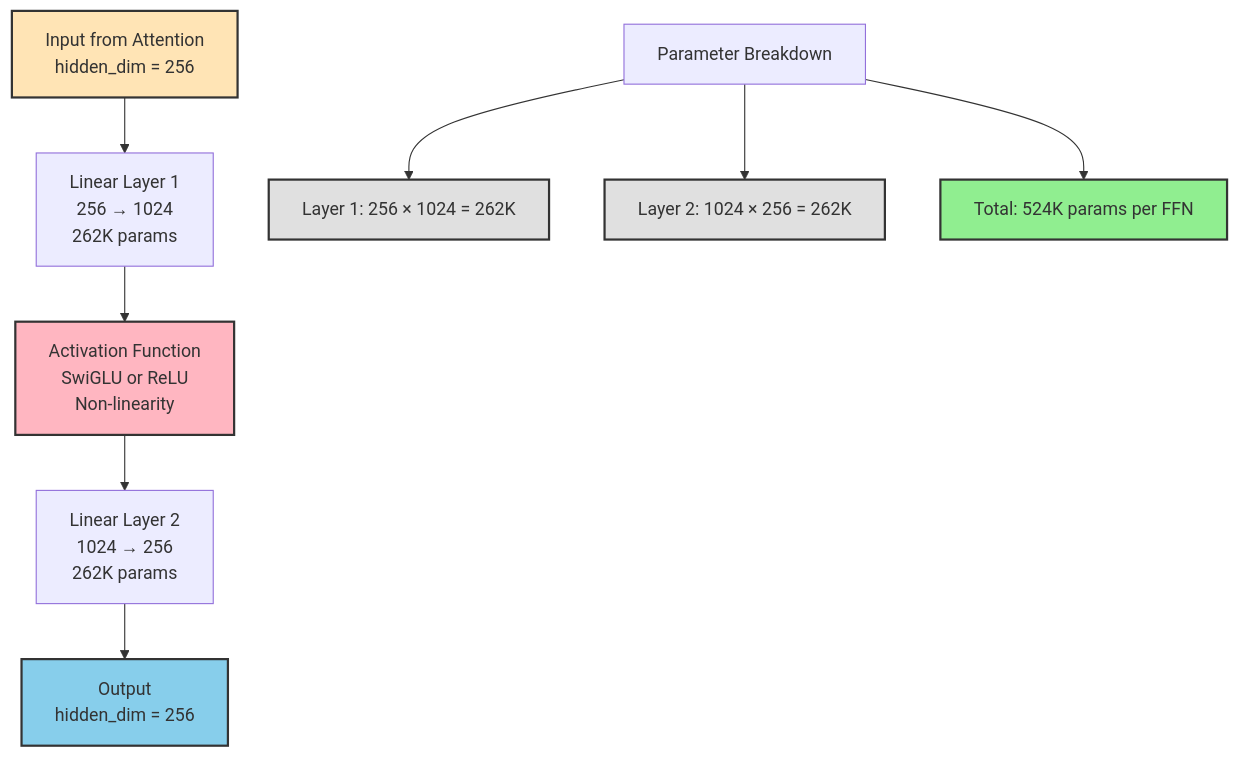
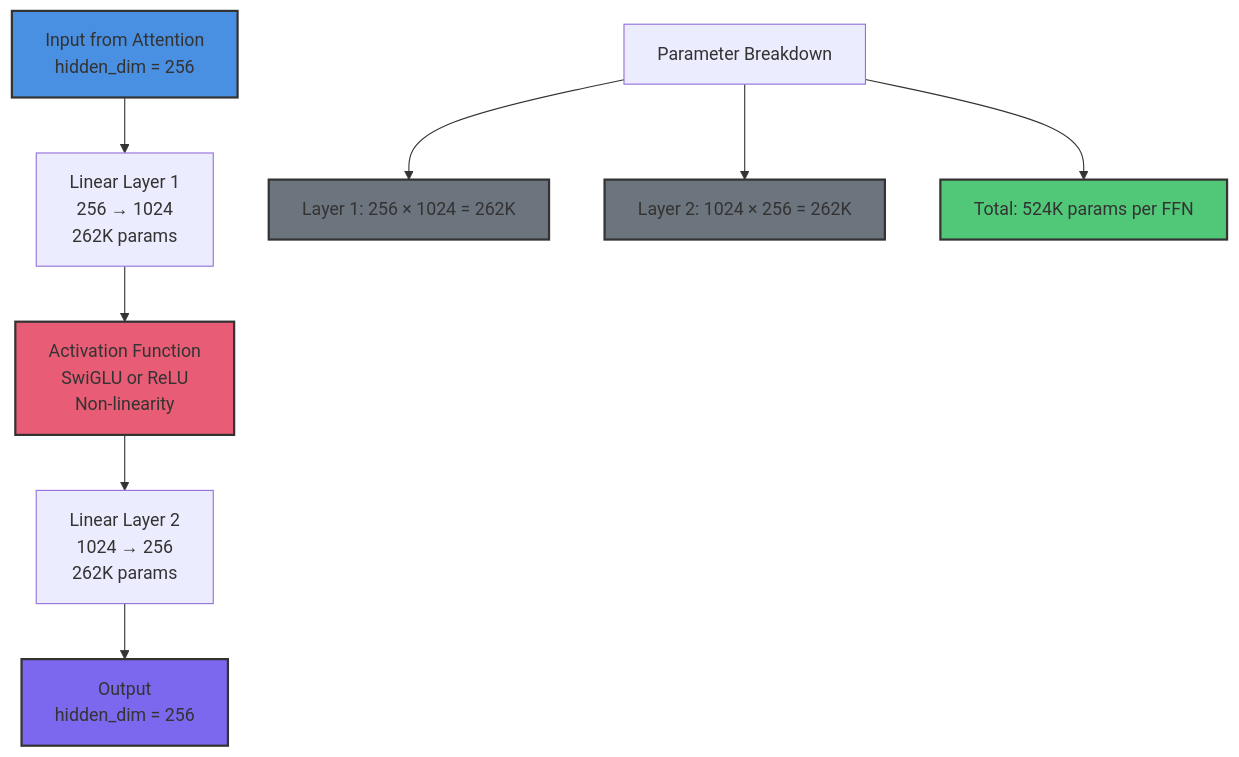
The sixth of 13 diagrams in content/lessons/ct7-architecture-basics.md (tenstorrent/tt-vscode-toolkit), drawn with Mermaid before and after one commit. The commit also changed other lines of this file and 9 other files, not shown here.

````diff
--- a/content/lessons/ct7-architecture-basics.md
+++ b/content/lessons/ct7-architecture-basics.md
@@ -313,18 +313,18 @@
 ```mermaid
 graph TD
     A[Input from Attention<br/>hidden_dim = 256] --> B[Linear Layer 1<br/>256 → 1024<br/>262K params]
     B --> C[Activation Function<br/>SwiGLU or ReLU<br/>Non-linearity]
     C --> D[Linear Layer 2<br/>1024 → 256<br/>262K params]
     D --> E[Output<br/>hidden_dim = 256]
 
     F[Parameter Breakdown] --> G[Layer 1: 256 × 1024 = 262K]
     F --> H[Layer 2: 1024 × 256 = 262K]
     F --> I[Total: 524K params per FFN]
 
-    style A fill:#FFE4B5,stroke:#333,stroke-width:2px
-    style E fill:#87CEEB,stroke:#333,stroke-width:2px
-    style C fill:#FFB6C1,stroke:#333,stroke-width:2px
-    style G fill:#E0E0E0,stroke:#333,stroke-width:2px
-    style H fill:#E0E0E0,stroke:#333,stroke-width:2px
-    style I fill:#90EE90,stroke:#333,stroke-width:2px
+    style A fill:#4A90E2,stroke:#333,stroke-width:2px
+    style E fill:#7B68EE,stroke:#333,stroke-width:2px
+    style C fill:#E85D75,stroke:#333,stroke-width:2px
+    style G fill:#6C757D,stroke:#333,stroke-width:2px
+    style H fill:#6C757D,stroke:#333,stroke-width:2px
+    style I fill:#50C878,stroke:#333,stroke-width:2px
 ```
````
